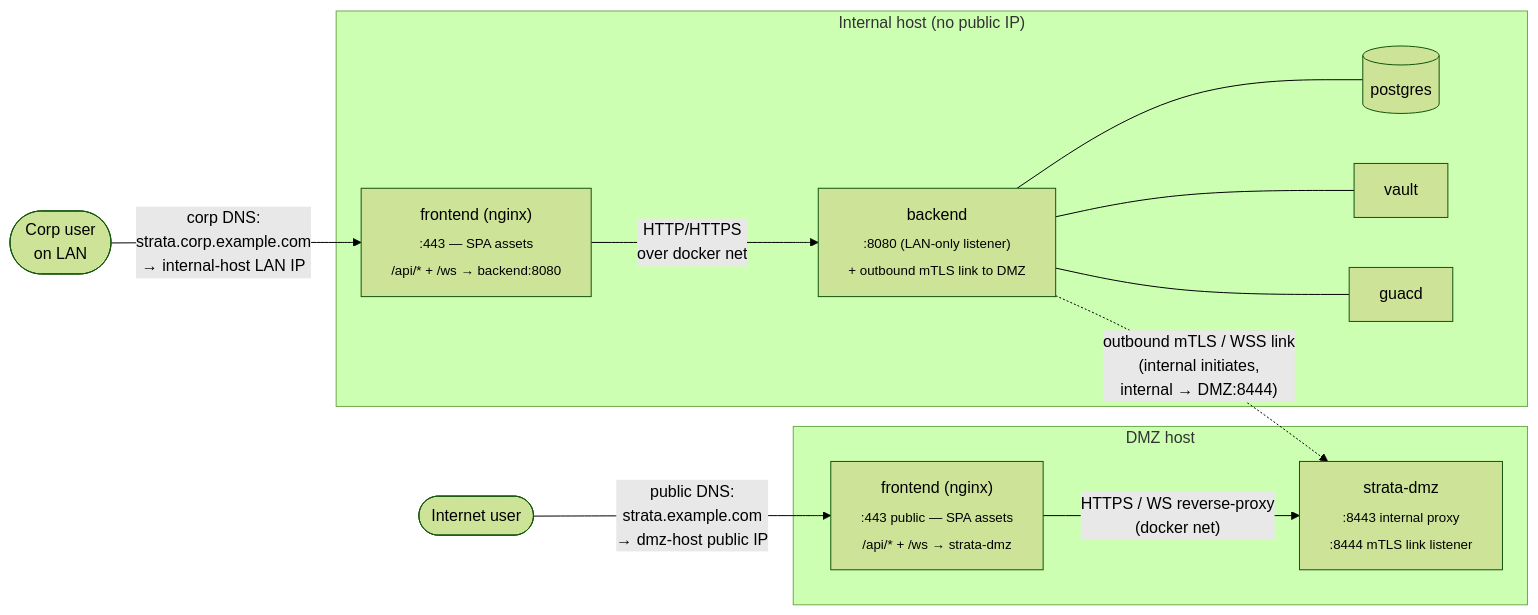
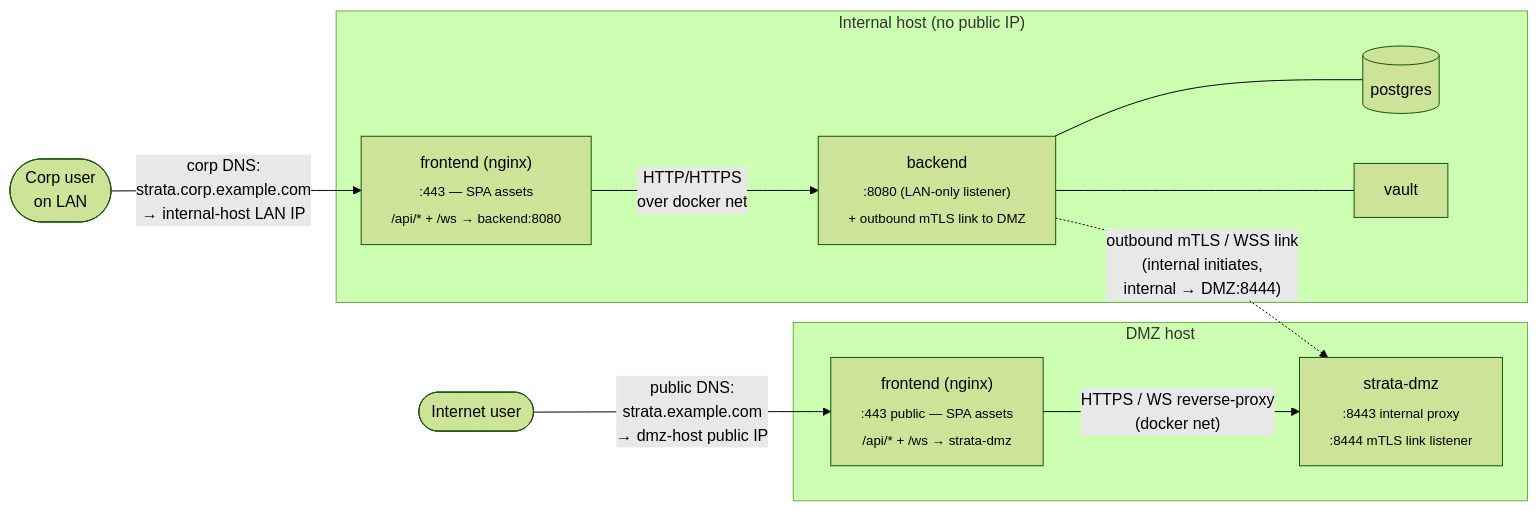
The third of 3 diagrams in docs/deployment.md (Bails309/strata-client), drawn with Mermaid (forest theme) before and after one commit. The commit also changed other lines of this file and 167 other files, not shown here.

````diff
--- a/docs/deployment.md
+++ b/docs/deployment.md
@@ -1959,27 +1972,25 @@
 ```mermaid
 flowchart LR
     Corp([Corp user<br/>on LAN])
     Net([Internet user])
 
     subgraph InternalHost["Internal host (no public IP)"]
         IFE["frontend (nginx)<br/><sub>:443 — SPA assets<br/>/api/* + /ws → backend:8080</sub>"]
         BE["backend<br/><sub>:8080 (LAN-only listener)<br/>+ outbound mTLS link to DMZ</sub>"]
         PG[("postgres")]
         VA["vault"]
-        GD["guacd"]
         IFE -->|"HTTP/HTTPS<br/>over docker net"| BE
         BE --- PG
         BE --- VA
-        BE --- GD
     end
 
     subgraph DMZHost["DMZ host"]
         DFE["frontend (nginx)<br/><sub>:443 public — SPA assets<br/>/api/* + /ws → strata-dmz</sub>"]
         SDMZ["strata-dmz<br/><sub>:8443 internal proxy<br/>:8444 mTLS link listener</sub>"]
         DFE -->|"HTTPS / WS reverse-proxy<br/>(docker net)"| SDMZ
     end
 
     Corp -->|"corp DNS:<br/>strata.corp.example.com<br/>→ internal-host LAN IP"| IFE
     Net -->|"public DNS:<br/>strata.example.com<br/>→ dmz-host public IP"| DFE
     BE -.->|"outbound mTLS / WSS link<br/>(internal initiates,<br/>internal → DMZ:8444)"| SDMZ
 ```
````
